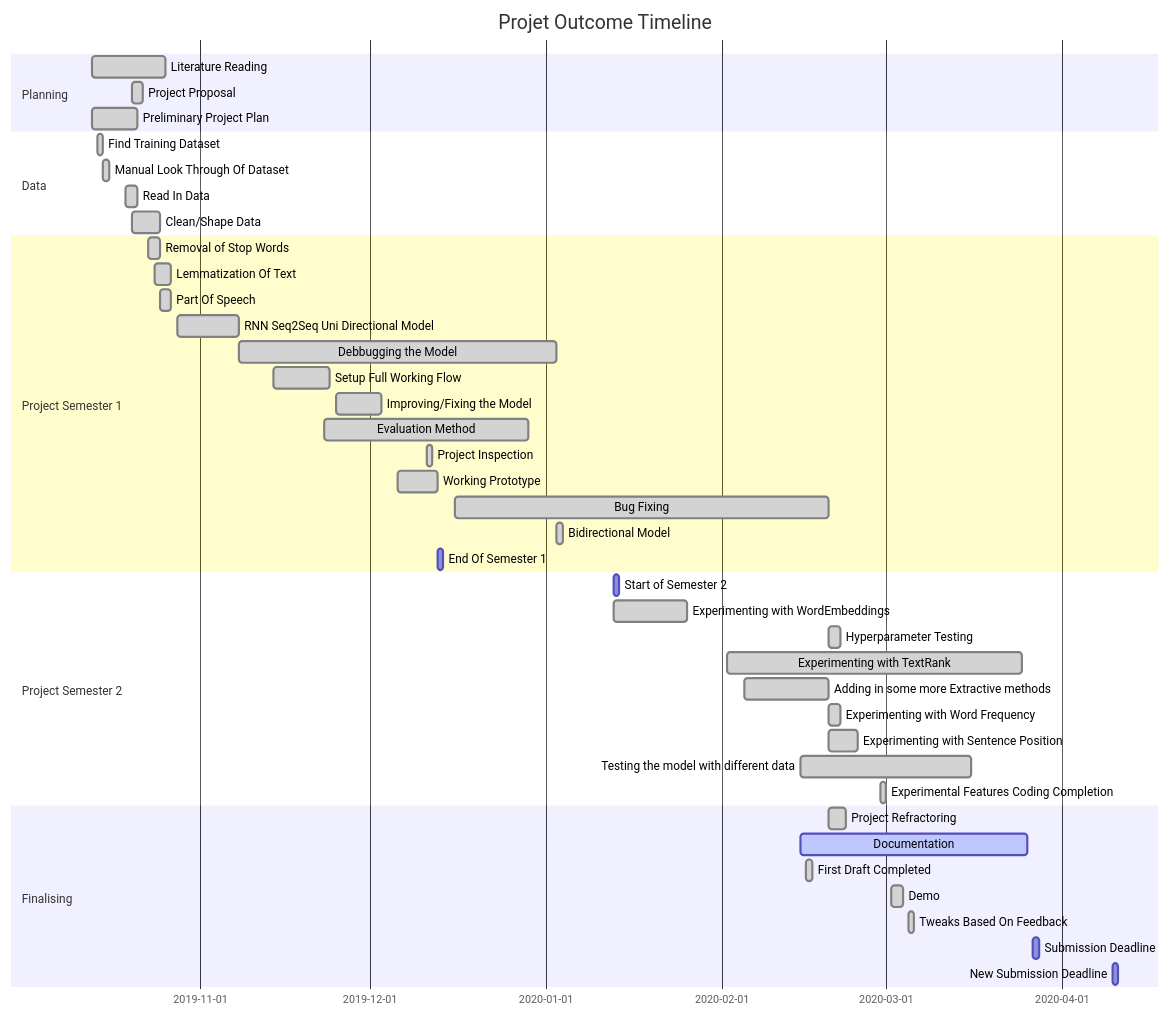
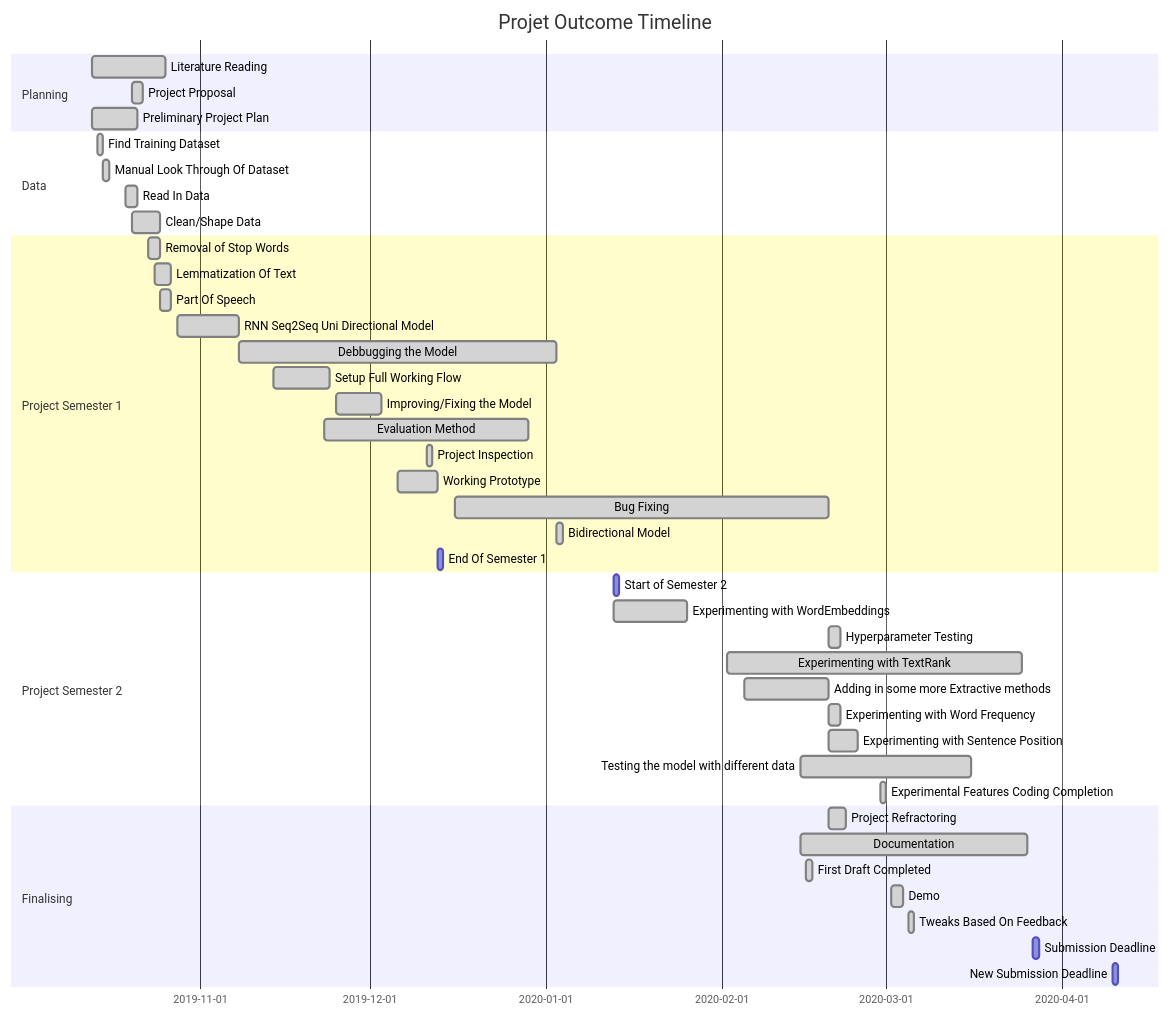
Before and after one commit to bmistry12/text-summarisation: the second of 2 diagrams in README.md, drawn with Mermaid. The commit also changed other lines of this file and 6 other files, not shown here.

````diff
--- a/README.md
+++ b/README.md
@@ -151,51 +152,51 @@
 ```mermaid
 gantt
 dateFormat  YYYY-MM-DD
 title Projet Outcome Timeline
 
 section Planning
 Literature Reading                      :done,    des1, 2019-10-13, 2019-10-26
 Project Proposal                        :done,    des1, 2019-10-20, 2019-10-22
 Preliminary Project Plan                :done,    des1, 2019-10-13, 2019-10-21
 
 section Data                  
 Find Training Dataset                   :done,    des1, 2019-10-14, 2019-10-15
 Manual Look Through Of Dataset          :done,    des1, 2019-10-15, 2019-10-16
 Read In Data                            :done,    des1, 2019-10-19, 2019-10-21
 Clean/Shape Data                        :done,    des1, 2019-10-20, 2019-10-25
 
 section Project Semester 1
 Removal of Stop Words                   :done,    des1, 2019-10-23, 2019-10-25
 Lemmatization Of Text                   :done,    des1, 2019-10-24, 2019-10-27
 Part Of Speech                          :done,    des1, 2019-10-25, 2019-10-27
 RNN Seq2Seq Uni Directional Model       :done,    des1, 2019-10-28, 2019-11-08
 Debbugging the Model                    :done,    des1, 2019-11-08, 2020-01-03
 Setup Full Working Flow                 :done,    des1, 2019-11-14, 2019-11-24
 Improving/Fixing the Model              :done,    des1, 2019-11-25, 2019-12-03
 Evaluation Method                       :done,    des1, 2019-11-23, 2019-12-29
 Project Inspection                      :done,    des1, 2019-12-11, 1d
 Working Prototype                       :done,    des1, 2019-12-06, 2019-12-13
 Bug Fixing                              :done,    des1, 2019-12-16, 2020-02-20
 Bidirectional Model                     :done,    des1, 2020-01-03, 2020-01-04
 End Of Semester 1                       :         des1, 2019-12-13, 1d
 
 section Project Semester 2
 Start of Semester 2                     :         des1, 2020-01-13, 1d
 Experimenting with WordEmbeddings       :done,    des1, 2020-01-13, 2020-01-26
 Hyperparameter Testing                  :done,    des1, 2020-02-20, 2020-02-22
 Experimenting with TextRank             :done,    des1, 2020-02-02, 2020-03-25
 Adding in some more Extractive methods  :done,    des1, 2020-02-05, 2020-02-20
 Experimenting with Word Frequency       :done,    des1, 2020-02-20, 2020-02-22
 Experimenting with Sentence Position    :done,    des1, 2020-02-20, 2020-02-25
 Testing the model with different data   :done,    des1, 2020-02-15, 2020-03-16
 Experimental Features Coding Completion :done,    des1, 2020-02-29, 1d
 
 Section Finalising
 Project Refractoring                    :done,    des1, 2020-02-20, 2020-02-23
-Documentation                           :active,  des1, 2020-02-15, 2020-03-26
+Documentation                           :done,    des1, 2020-02-15, 2020-03-26
 First Draft Completed                   :done,    des1, 2020-02-16, 1d
 Demo                                    :done,    des1, 2020-03-02, 2020-03-04
 Tweaks Based On Feedback                :done,    des1, 2020-03-05, 2020-03-06
 Submission Deadline                     :         des1, 2020-03-27, 1d
 New Submission Deadline                 :         des1, 2020-04-10, 1d
 ```
````
